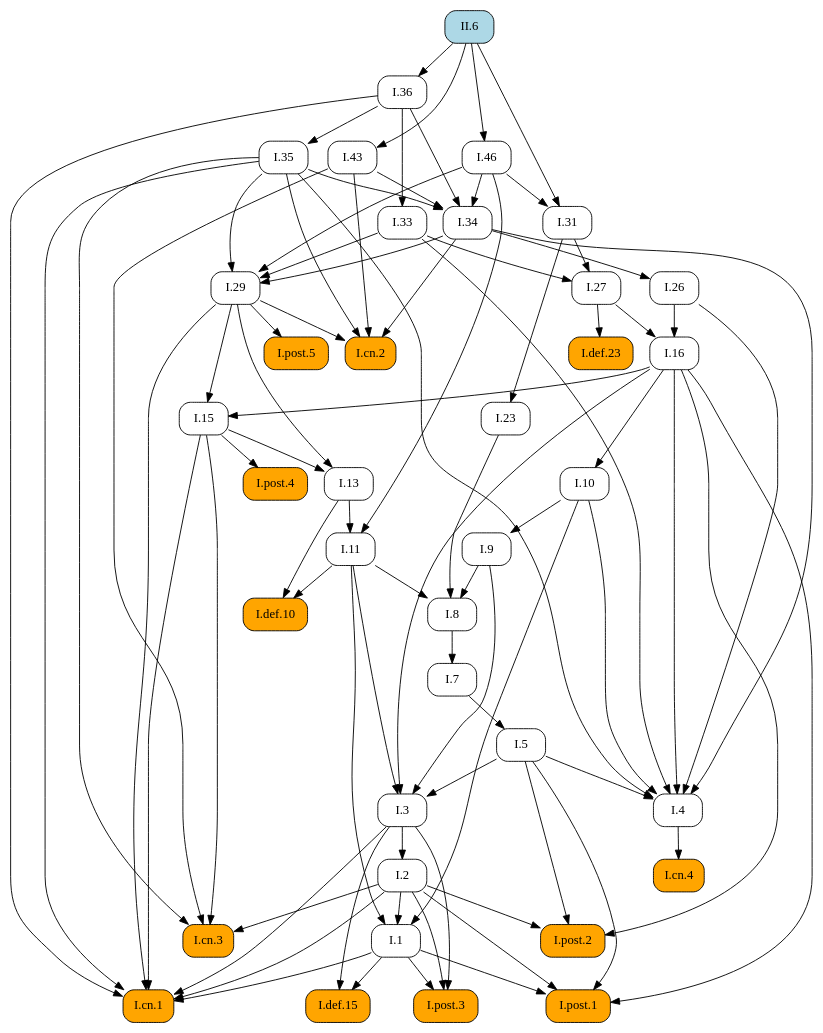
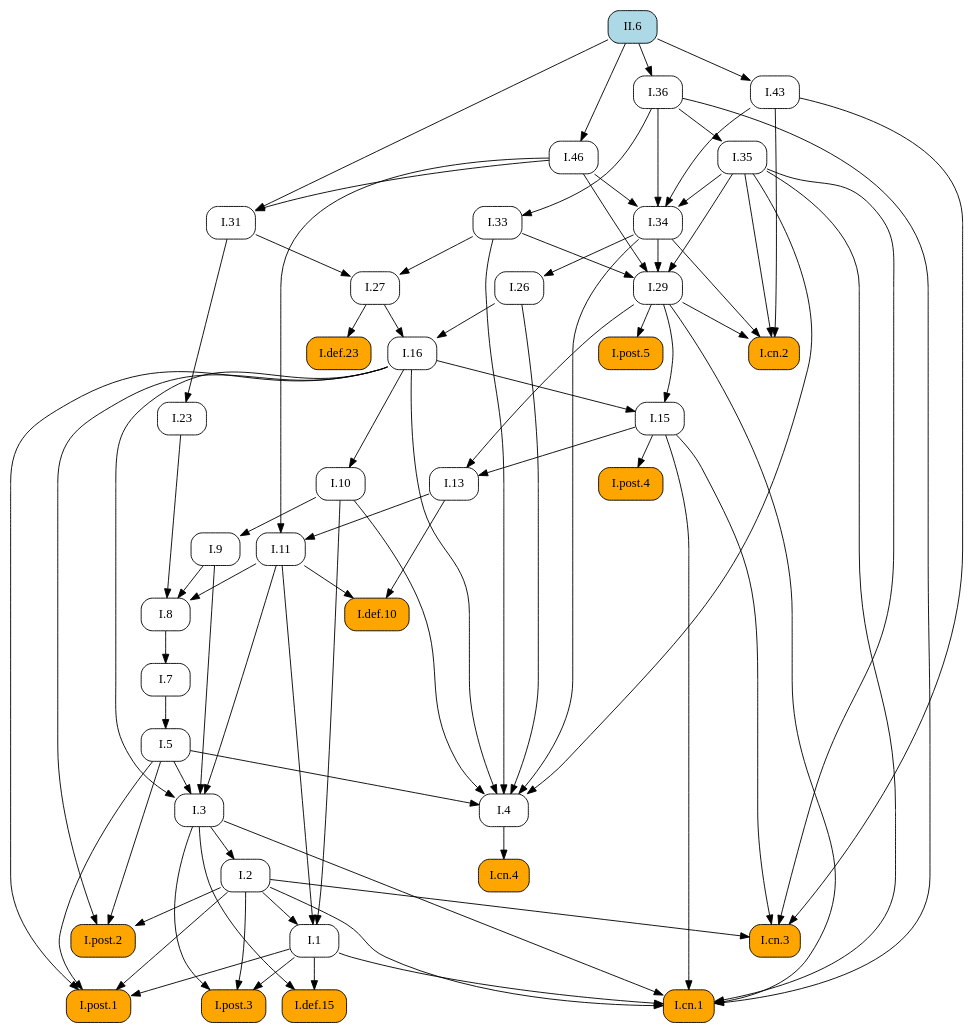
One commit to geometor/elements changed the diagram in docsrc/elements2/II/6/index.rst. Above: the diagram before and after it, drawn with Graphviz. The commit also changed other lines of this file and 409 other files, not shown here.

First line of the commit message:
feat: Add image cropping and graphic extraction script

```diff
--- a/docsrc/elements2/II/6/index.rst
+++ b/docsrc/elements2/II/6/index.rst
@@ -81,87 +81,53 @@
    digraph {
      rankdir="TB";
      node [shape=box, style=rounded];
+     "I.43" [URL="/elements2/I/43/", target="_top"];
+     "I.31" [URL="/elements2/I/31/", target="_top"];
      "I.8" [URL="/elements2/I/8/", target="_top"];
+     "I.15" [URL="/elements2/I/15/", target="_top"];
+     "I.5" [URL="/elements2/I/5/", target="_top"];
+     "I.26" [URL="/elements2/I/26/", target="_top"];
+     "I.cn.1" [style="rounded,filled", fillcolor=orange, URL="/elements2/I/cn.1/", target="_top"];
+     "I.7" [URL="/elements2/I/7/", target="_top"];
+     "I.23" [URL="/elements2/I/23/", target="_top"];
+     "I.16" [URL="/elements2/I/16/", target="_top"];
+     "I.35" [URL="/elements2/I/35/", target="_top"];
+     "I.34" [URL="/elements2/I/34/", target="_top"];
+     "I.33" [URL="/elements2/I/33/", target="_top"];
+     "I.def.15" [style="rounded,filled", fillcolor=orange, URL="/elements2/I/def.15/", target="_top"];
      "I.46" [URL="/elements2/I/46/", target="_top"];
+     "I.def.10" [style="rounded,filled", fillcolor=orange, URL="/elements2/I/def.10/", target="_top"];
+     "I.11" [URL="/elements2/I/11/", target="_top"];
+     "I.def.23" [style="rounded,filled", fillcolor=orange, URL="/elements2/I/def.23/", target="_top"];
+     "I.post.4" [style="rounded,filled", fillcolor=orange, URL="/elements2/I/post.4/", target="_top"];
+     "I.post.5" [style="rounded,filled", fillcolor=orange, URL="/elements2/I/post.5/", target="_top"];
+     "I.3" [URL="/elements2/I/3/", target="_top"];
+     "I.10" [URL="/elements2/I/10/", target="_top"];
+     "I.cn.3" [style="rounded,filled", fillcolor=orange, URL="/elements2/I/cn.3/", target="_top"];
+     "I.13" [URL="/elements2/I/13/", target="_top"];
+     "I.4" [URL="/elements2/I/4/", target="_top"];
+     "I.post.3" [style="rounded,filled", fillcolor=orange, URL="/elements2/I/post.3/", target="_top"];
+     "I.9" [URL="/elements2/I/9/", target="_top"];
+     "I.29" [URL="/elements2/I/29/", target="_top"];
      "I.36" [URL="/elements2/I/36/", target="_top"];
      "I.post.1" [style="rounded,filled", fillcolor=orange, URL="/elements2/I/post.1/", target="_top"];
-     "I.33" [URL="/elements2/I/33/", target="_top"];
-     "I.5" [URL="/elements2/I/5/", target="_top"];
-     "I.post.5" [style="rounded,filled", fillcolor=orange, URL="/elements2/I/post.5/", target="_top"];
-     "I.def.10" [style="rounded,filled", fillcolor=orange, URL="/elements2/I/def.10/", target="_top"];
-     "I.cn.2" [style="rounded,filled", fillcolor=orange, URL="/elements2/I/cn.2/", target="_top"];
-     "I.def.15" [style="rounded,filled", fillcolor=orange, URL="/elements2/I/def.15/", target="_top"];
-     "I.31" [URL="/elements2/I/31/", target="_top"];
-     "I.11" [URL="/elements2/I/11/", target="_top"];
-     "I.43" [URL="/elements2/I/43/", target="_top"];
-     "I.3" [URL="/elements2/I/3/", target="_top"];
-     "I.def.23" [style="rounded,filled", fillcolor=orange, URL="/elements2/I/def.23/", target="_top"];
-     "I.post.2" [style="rounded,filled", fillcolor=orange, URL="/elements2/I/post.2/", target="_top"];
-     "I.26" [URL="/elements2/I/26/", target="_top"];
-     "I.cn.3" [style="rounded,filled", fillcolor=orange, URL="/elements2/I/cn.3/", target="_top"];
-     "I.1" [URL="/elements2/I/1/", target="_top"];
-     "I.cn.4" [style="rounded,filled", fillcolor=orange, URL="/elements2/I/cn.4/", target="_top"];
-     "I.7" [URL="/elements2/I/7/", target="_top"];
-     "I.9" [URL="/elements2/I/9/", target="_top"];
-     "I.cn.1" [style="rounded,filled", fillcolor=orange, URL="/elements2/I/cn.1/", target="_top"];
-     "I.29" [URL="/elements2/I/29/", target="_top"];
-     "I.16" [URL="/elements2/I/16/", target="_top"];
-     "I.post.4" [style="rounded,filled", fillcolor=orange, URL="/elements2/I/post.4/", target="_top"];
-     "I.13" [URL="/elements2/I/13/", target="_top"];
-     "I.35" [URL="/elements2/I/35/", target="_top"];
      "I.2" [URL="/elements2/I/2/", target="_top"];
      "II.6" [style="rounded,filled", fillcolor=lightblue, URL="/elements2/II/6/", target="_top"];
      "I.27" [URL="/elements2/I/27/", target="_top"];
-     "I.4" [URL="/elements2/I/4/", target="_top"];
-     "I.10" [URL="/elements2/I/10/", target="_top"];
-     "I.15" [URL="/elements2/I/15/", target="_top"];
-     "I.34" [URL="/elements2/I/34/", target="_top"];
-     "I.23" [URL="/elements2/I/23/", target="_top"];
-     "I.post.3" [style="rounded,filled", fillcolor=orange, URL="/elements2/I/post.3/", target="_top"];
+     "I.1" [URL="/elements2/I/1/", target="_top"];
+     "I.cn.2" [style="rounded,filled", fillcolor=orange, URL="/elements2/I/cn.2/", target="_top"];
+     "I.cn.4" [style="rounded,filled", fillcolor=orange, URL="/elements2/I/cn.4/", target="_top"];
+     "I.post.2" [style="rounded,filled", fillcolor=orange, URL="/elements2/I/post.2/", target="_top"];
+     "II.6" -> "I.43";
+     "I.46" -> "I.31";
+     "II.6" -> "I.31";
      "I.9" -> "I.8";
      "I.11" -> "I.8";
      "I.23" -> "I.8";
-     "II.6" -> "I.46";
-     "II.6" -> "I.36";
-     "I.1" -> "I.post.1";
-     "I.2" -> "I.post.1";
-     "I.5" -> "I.post.1";
-     "I.16" -> "I.post.1";
-     "I.36" -> "I.33";
+     "I.16" -> "I.15";
+     "I.29" -> "I.15";
      "I.7" -> "I.5";
-     "I.29" -> "I.post.5";
-     "I.11" -> "I.def.10";
-     "I.13" -> "I.def.10";
-     "I.29" -> "I.cn.2";
-     "I.34" -> "I.cn.2";
-     "I.35" -> "I.cn.2";
-     "I.43" -> "I.cn.2";
-     "I.1" -> "I.def.15";
-     "I.3" -> "I.def.15";
-     "I.46" -> "I.31";
-     "II.6" -> "I.31";
-     "I.13" -> "I.11";
-     "I.46" -> "I.11";
-     "II.6" -> "I.43";
-     "I.5" -> "I.3";
-     "I.9" -> "I.3";
-     "I.11" -> "I.3";
-     "I.16" -> "I.3";
-     "I.27" -> "I.def.23";
-     "I.2" -> "I.post.2";
-     "I.5" -> "I.post.2";
-     "I.16" -> "I.post.2";
      "I.34" -> "I.26";
-     "I.2" -> "I.cn.3";
-     "I.15" -> "I.cn.3";
-     "I.35" -> "I.cn.3";
-     "I.43" -> "I.cn.3";
-     "I.2" -> "I.1";
-     "I.10" -> "I.1";
-     "I.11" -> "I.1";
-     "I.4" -> "I.cn.4";
-     "I.8" -> "I.7";
-     "I.10" -> "I.9";
      "I.1" -> "I.cn.1";
      "I.2" -> "I.cn.1";
      "I.3" -> "I.cn.1";
@@ -169,19 +135,37 @@
      "I.29" -> "I.cn.1";
      "I.35" -> "I.cn.1";
      "I.36" -> "I.cn.1";
-     "I.33" -> "I.29";
-     "I.34" -> "I.29";
-     "I.35" -> "I.29";
-     "I.46" -> "I.29";
+     "I.8" -> "I.7";
+     "I.31" -> "I.23";
      "I.26" -> "I.16";
      "I.27" -> "I.16";
+     "I.36" -> "I.35";
+     "I.35" -> "I.34";
+     "I.36" -> "I.34";
+     "I.43" -> "I.34";
+     "I.46" -> "I.34";
+     "I.36" -> "I.33";
+     "I.1" -> "I.def.15";
+     "I.3" -> "I.def.15";
+     "II.6" -> "I.46";
+     "I.11" -> "I.def.10";
+     "I.13" -> "I.def.10";
+     "I.13" -> "I.11";
+     "I.46" -> "I.11";
+     "I.27" -> "I.def.23";
      "I.15" -> "I.post.4";
+     "I.29" -> "I.post.5";
+     "I.5" -> "I.3";
+     "I.9" -> "I.3";
+     "I.11" -> "I.3";
+     "I.16" -> "I.3";
+     "I.16" -> "I.10";
+     "I.2" -> "I.cn.3";
+     "I.15" -> "I.cn.3";
+     "I.35" -> "I.cn.3";
+     "I.43" -> "I.cn.3";
      "I.15" -> "I.13";
      "I.29" -> "I.13";
-     "I.36" -> "I.35";
-     "I.3" -> "I.2";
-     "I.31" -> "I.27";
-     "I.33" -> "I.27";
      "I.5" -> "I.4";
      "I.10" -> "I.4";
      "I.16" -> "I.4";
@@ -189,15 +173,31 @@
      "I.33" -> "I.4";
      "I.34" -> "I.4";
      "I.35" -> "I.4";
-     "I.16" -> "I.10";
-     "I.16" -> "I.15";
-     "I.29" -> "I.15";
-     "I.35" -> "I.34";
-     "I.36" -> "I.34";
-     "I.43" -> "I.34";
-     "I.46" -> "I.34";
-     "I.31" -> "I.23";
      "I.1" -> "I.post.3";
      "I.2" -> "I.post.3";
      "I.3" -> "I.post.3";
+     "I.10" -> "I.9";
+     "I.33" -> "I.29";
+     "I.34" -> "I.29";
+     "I.35" -> "I.29";
+     "I.46" -> "I.29";
+     "II.6" -> "I.36";
+     "I.1" -> "I.post.1";
+     "I.2" -> "I.post.1";
+     "I.5" -> "I.post.1";
+     "I.16" -> "I.post.1";
+     "I.3" -> "I.2";
+     "I.31" -> "I.27";
+     "I.33" -> "I.27";
+     "I.2" -> "I.1";
+     "I.10" -> "I.1";
+     "I.11" -> "I.1";
+     "I.29" -> "I.cn.2";
+     "I.34" -> "I.cn.2";
+     "I.35" -> "I.cn.2";
+     "I.43" -> "I.cn.2";
+     "I.4" -> "I.cn.4";
+     "I.2" -> "I.post.2";
+     "I.5" -> "I.post.2";
+     "I.16" -> "I.post.2";
    }
```
